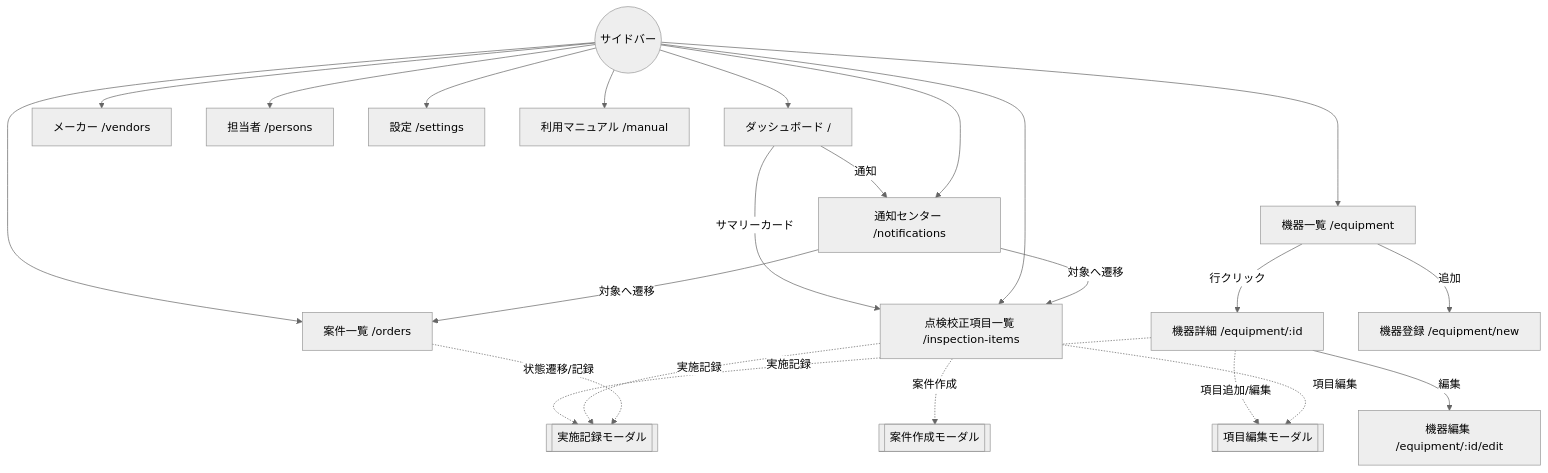
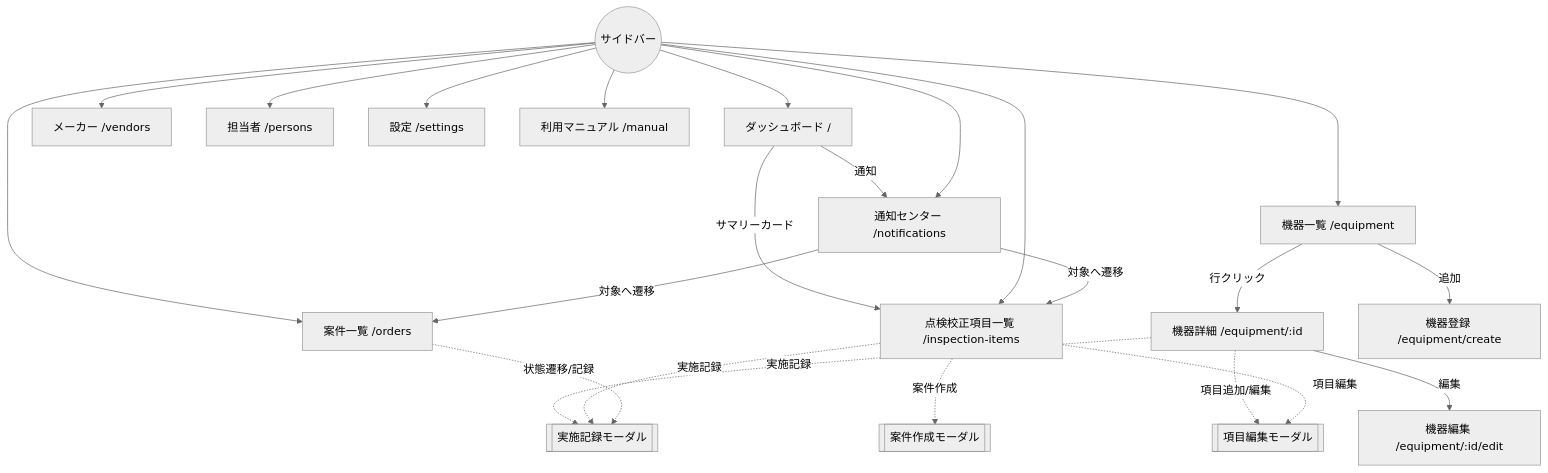
Before and after one commit to KyoheiTashiro/calibration-manager: the diagram in docs/screen-design/README.md, drawn with Mermaid (neutral theme). The commit also changed other lines of this file and 38 other files, not shown here.

Commit message:
split equipment form into separate create and edit flows

````diff
--- a/docs/screen-design/README.md
+++ b/docs/screen-design/README.md
@@ -115,17 +115,17 @@
 ```mermaid
 flowchart TD
     Dash[ダッシュボード /] -->|サマリーカード| InspectionItems[点検校正項目一覧 /inspection-items]
     Dash -->|通知| Notice[通知センター /notifications]
     Sidebar((サイドバー)) --> Dash & EqList[機器一覧 /equipment] & InspectionItems & Orders[案件一覧 /orders] & Vendors[メーカー /vendors] & Persons[担当者 /persons] & Notice & Settings[設定 /settings] & Manual[利用マニュアル /manual]
     EqList -->|行クリック| EqDetail[機器詳細 /equipment/:id]
-    EqList -->|追加| EqNew[機器登録 /equipment/new]
+    EqList -->|追加| EqCreate[機器登録 /equipment/create]
     EqDetail -->|編集| EqEdit[機器編集 /equipment/:id/edit]
     EqDetail -.項目追加/編集.-> InspectionItemModal[[項目編集モーダル]]
     EqDetail -.実施記録.-> RecModal[[実施記録モーダル]]
     InspectionItems -.実施記録.-> RecModal
     InspectionItems -.案件作成.-> OrderModal[[案件作成モーダル]]
     InspectionItems -.項目編集.-> InspectionItemModal
     Orders -.状態遷移/記録.-> RecModal
     Notice -->|対象へ遷移| InspectionItems
     Notice -->|対象へ遷移| Orders
 ```
````
